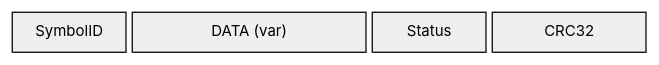
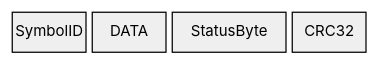
Before and after one commit to sebaJoSt/blaeck-protocol: the first of 3 diagrams in protocol/frames/data.md, drawn with Mermaid. The commit also changed other lines of this file and 4 other files, not shown here.

First line of the commit message:
Use canonical element names in all Mermaid diagrams and tables

````diff
--- a/protocol/frames/data.md
+++ b/protocol/frames/data.md
@@ -11,13 +11,13 @@
 ```mermaid
 ---
 config:
   packet:
     showBits: false
-    bitsPerRow: 16
+    bitsPerRow: 10
 ---
 packet-beta
-  0-2: "SymbolID"
-  3-8: "DATA (var)"
-  9-11: "Status"
-  12-15: "CRC32"
+  0-1: "SymbolID"
+  2-3: "DATA"
+  4-6: "StatusByte"
+  7-8: "CRC32"
 ```
````
